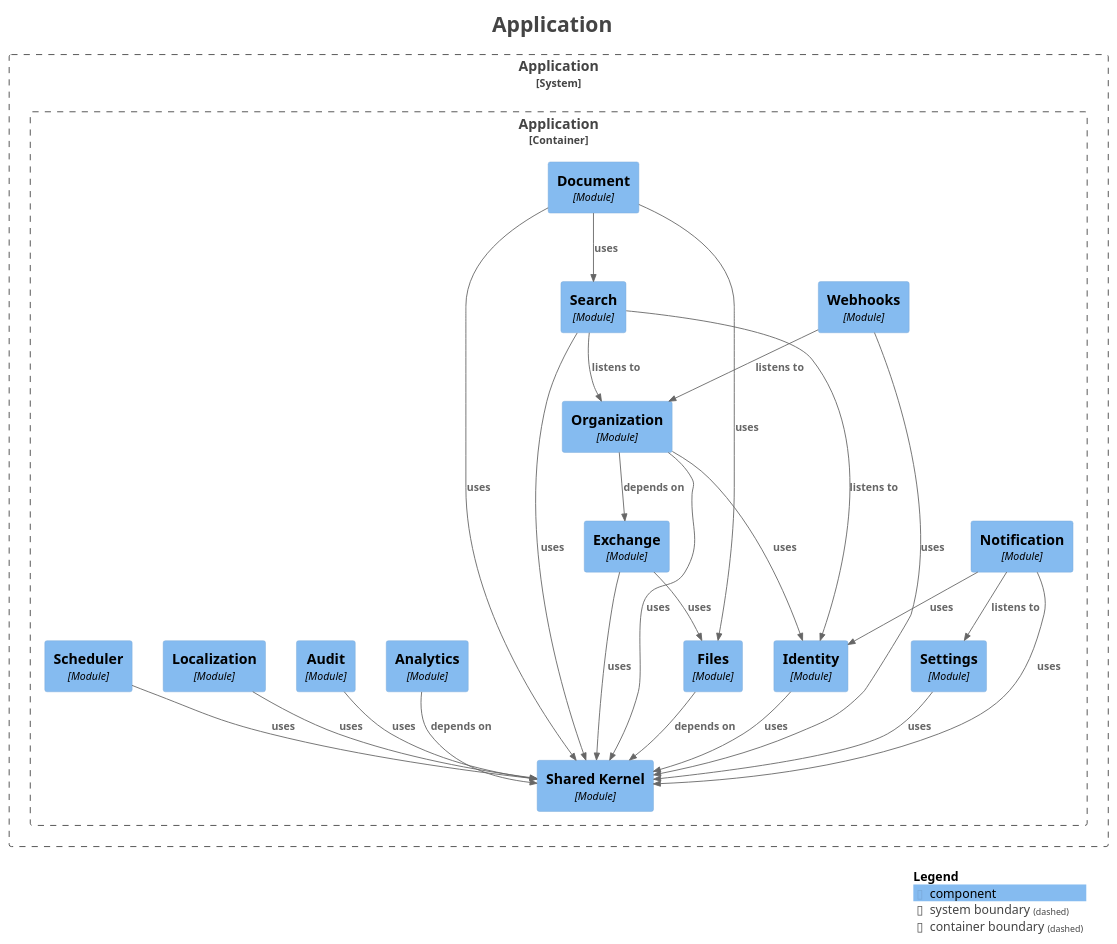
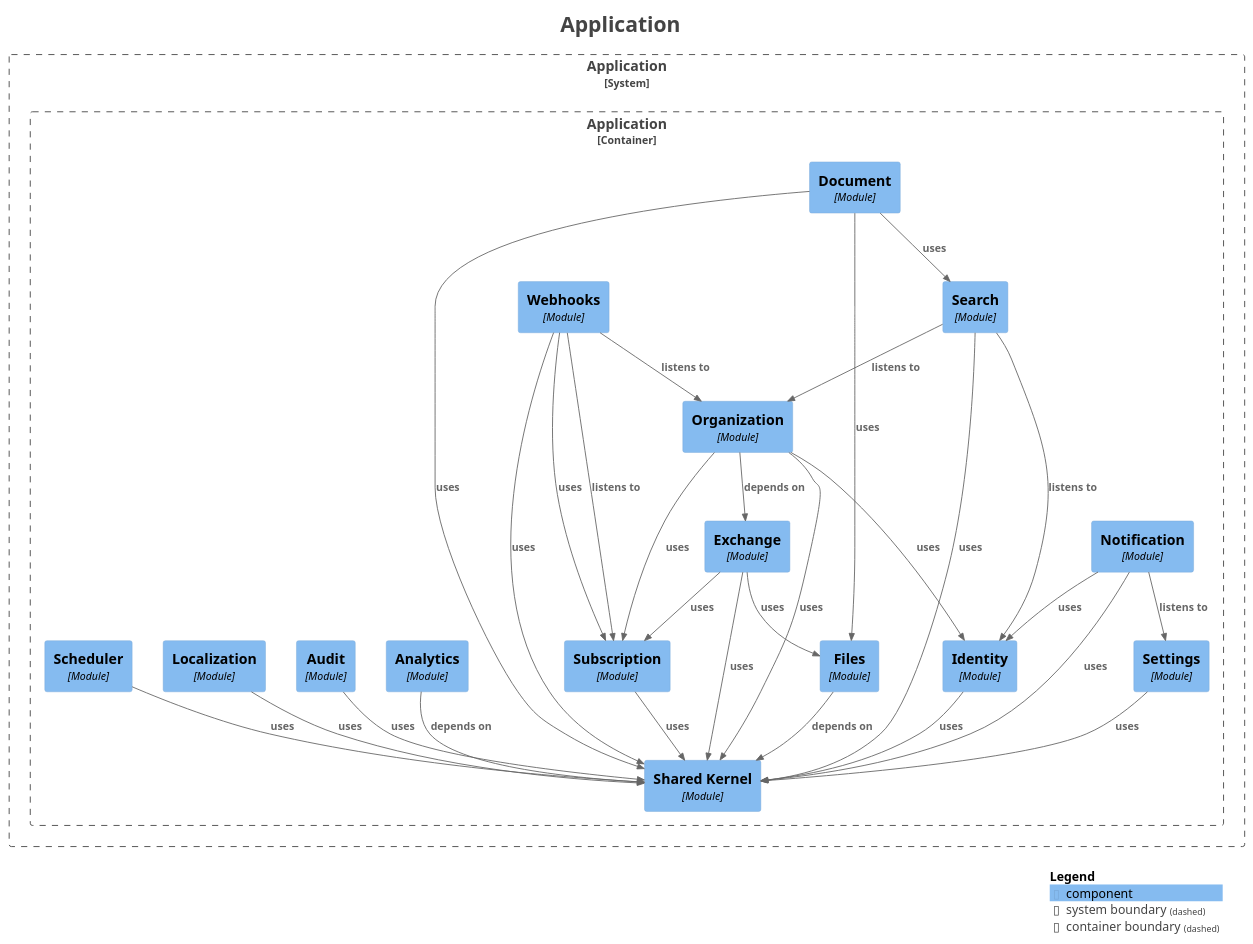
Before and after one commit to Paul-Ayesiga/enterprise-modulith-template: the diagram in docs/modulith/components.puml, drawn with PlantUML. The commit also changed 106 other files, not shown here.

```diff
--- a/docs/modulith/components.puml
+++ b/docs/modulith/components.puml
@@ -1,64 +1,70 @@
 @startuml
 title <size:24>Application</size>
 
 set separator none
 top to bottom direction
 
 <style>
   root {
     BackgroundColor: #ffffff
     FontColor: #444444
   }
 </style>
 
 !include <C4/C4>
 !include <C4/C4_Context>
 !include <C4/C4_Component>
 
 System_Boundary("Application_boundary", "Application", $tags="") {
   Container_Boundary("Application.Application_boundary", "Application", $tags="") {
     Component(Application.Application.Settings, "Settings", $techn="Module", $descr="", $tags="", $link="")
+    Component(Application.Application.Subscription, "Subscription", $techn="Module", $descr="", $tags="", $link="")
     Component(Application.Application.Exchange, "Exchange", $techn="Module", $descr="", $tags="", $link="")
     Component(Application.Application.Notification, "Notification", $techn="Module", $descr="", $tags="", $link="")
     Component(Application.Application.Organization, "Organization", $techn="Module", $descr="", $tags="", $link="")
     Component(Application.Application.Search, "Search", $techn="Module", $descr="", $tags="", $link="")
     Component(Application.Application.Webhooks, "Webhooks", $techn="Module", $descr="", $tags="", $link="")
     Component(Application.Application.Document, "Document", $techn="Module", $descr="", $tags="", $link="")
     Component(Application.Application.SharedKernel, "Shared Kernel", $techn="Module", $descr="", $tags="", $link="")
     Component(Application.Application.Analytics, "Analytics", $techn="Module", $descr="", $tags="", $link="")
     Component(Application.Application.Audit, "Audit", $techn="Module", $descr="", $tags="", $link="")
     Component(Application.Application.Files, "Files", $techn="Module", $descr="", $tags="", $link="")
     Component(Application.Application.Identity, "Identity", $techn="Module", $descr="", $tags="", $link="")
     Component(Application.Application.Localization, "Localization", $techn="Module", $descr="", $tags="", $link="")
     Component(Application.Application.Scheduler, "Scheduler", $techn="Module", $descr="", $tags="", $link="")
   }
 
 }
 
+Rel(Application.Application.Localization, Application.Application.SharedKernel, "uses", $techn="", $tags="", $link="")
+Rel(Application.Application.Analytics, Application.Application.SharedKernel, "depends on", $techn="", $tags="", $link="")
 Rel(Application.Application.Settings, Application.Application.SharedKernel, "uses", $techn="", $tags="", $link="")
+Rel(Application.Application.Exchange, Application.Application.Files, "uses", $techn="", $tags="", $link="")
+Rel(Application.Application.Exchange, Application.Application.SharedKernel, "uses", $techn="", $tags="", $link="")
+Rel(Application.Application.Exchange, Application.Application.Subscription, "uses", $techn="", $tags="", $link="")
+Rel(Application.Application.Document, Application.Application.Files, "uses", $techn="", $tags="", $link="")
+Rel(Application.Application.Document, Application.Application.Search, "uses", $techn="", $tags="", $link="")
+Rel(Application.Application.Document, Application.Application.SharedKernel, "uses", $techn="", $tags="", $link="")
+Rel(Application.Application.Audit, Application.Application.SharedKernel, "uses", $techn="", $tags="", $link="")
+Rel(Application.Application.Organization, Application.Application.Exchange, "depends on", $techn="", $tags="", $link="")
+Rel(Application.Application.Organization, Application.Application.Identity, "uses", $techn="", $tags="", $link="")
+Rel(Application.Application.Organization, Application.Application.SharedKernel, "uses", $techn="", $tags="", $link="")
+Rel(Application.Application.Organization, Application.Application.Subscription, "uses", $techn="", $tags="", $link="")
+Rel(Application.Application.Search, Application.Application.Organization, "listens to", $techn="", $tags="", $link="")
+Rel(Application.Application.Search, Application.Application.Identity, "listens to", $techn="", $tags="", $link="")
+Rel(Application.Application.Search, Application.Application.SharedKernel, "uses", $techn="", $tags="", $link="")
+Rel(Application.Application.Identity, Application.Application.SharedKernel, "uses", $techn="", $tags="", $link="")
+Rel(Application.Application.Files, Application.Application.SharedKernel, "depends on", $techn="", $tags="", $link="")
+Rel(Application.Application.Webhooks, Application.Application.Organization, "listens to", $techn="", $tags="", $link="")
+Rel(Application.Application.Webhooks, Application.Application.Subscription, "listens to", $techn="", $tags="", $link="")
+Rel(Application.Application.Webhooks, Application.Application.SharedKernel, "uses", $techn="", $tags="", $link="")
+Rel(Application.Application.Webhooks, Application.Application.Subscription, "uses", $techn="", $tags="", $link="")
+Rel(Application.Application.Scheduler, Application.Application.SharedKernel, "uses", $techn="", $tags="", $link="")
+Rel(Application.Application.Subscription, Application.Application.SharedKernel, "uses", $techn="", $tags="", $link="")
 Rel(Application.Application.Notification, Application.Application.Settings, "listens to", $techn="", $tags="", $link="")
 Rel(Application.Application.Notification, Application.Application.SharedKernel, "uses", $techn="", $tags="", $link="")
 Rel(Application.Application.Notification, Application.Application.Identity, "uses", $techn="", $tags="", $link="")
-Rel(Application.Application.Webhooks, Application.Application.Organization, "listens to", $techn="", $tags="", $link="")
-Rel(Application.Application.Webhooks, Application.Application.SharedKernel, "uses", $techn="", $tags="", $link="")
-Rel(Application.Application.Analytics, Application.Application.SharedKernel, "depends on", $techn="", $tags="", $link="")
-Rel(Application.Application.Files, Application.Application.SharedKernel, "depends on", $techn="", $tags="", $link="")
-Rel(Application.Application.Audit, Application.Application.SharedKernel, "uses", $techn="", $tags="", $link="")
-Rel(Application.Application.Identity, Application.Application.SharedKernel, "uses", $techn="", $tags="", $link="")
-Rel(Application.Application.Exchange, Application.Application.Files, "uses", $techn="", $tags="", $link="")
-Rel(Application.Application.Exchange, Application.Application.SharedKernel, "uses", $techn="", $tags="", $link="")
-Rel(Application.Application.Localization, Application.Application.SharedKernel, "uses", $techn="", $tags="", $link="")
-Rel(Application.Application.Organization, Application.Application.Exchange, "depends on", $techn="", $tags="", $link="")
-Rel(Application.Application.Organization, Application.Application.Identity, "uses", $techn="", $tags="", $link="")
-Rel(Application.Application.Organization, Application.Application.SharedKernel, "uses", $techn="", $tags="", $link="")
-Rel(Application.Application.Search, Application.Application.Organization, "listens to", $techn="", $tags="", $link="")
-Rel(Application.Application.Search, Application.Application.Identity, "listens to", $techn="", $tags="", $link="")
-Rel(Application.Application.Search, Application.Application.SharedKernel, "uses", $techn="", $tags="", $link="")
-Rel(Application.Application.Document, Application.Application.Files, "uses", $techn="", $tags="", $link="")
-Rel(Application.Application.Document, Application.Application.Search, "uses", $techn="", $tags="", $link="")
-Rel(Application.Application.Document, Application.Application.SharedKernel, "uses", $techn="", $tags="", $link="")
-Rel(Application.Application.Scheduler, Application.Application.SharedKernel, "uses", $techn="", $tags="", $link="")
 
 SHOW_LEGEND(true)
 hide stereotypes
 @enduml
```
